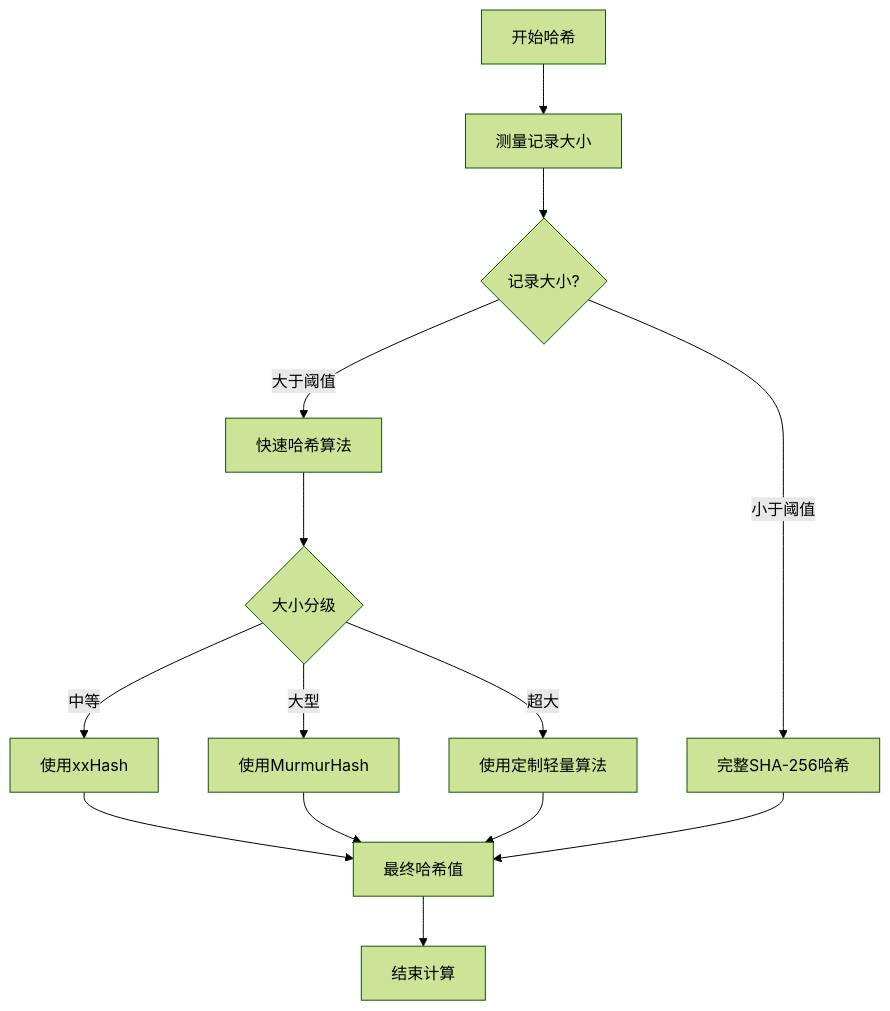
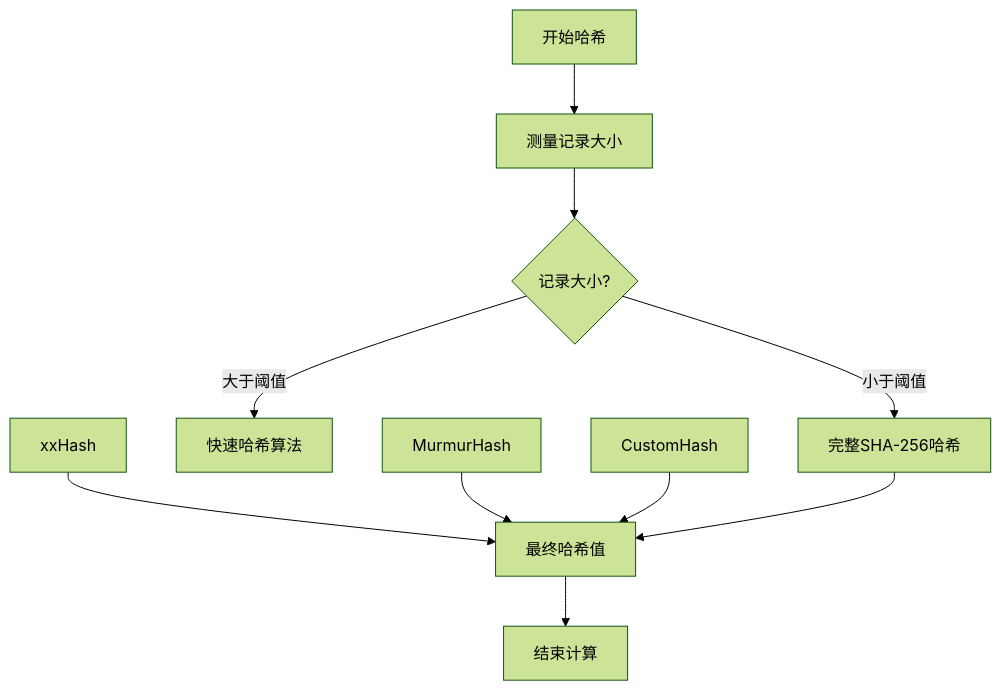
Before and after one commit to yingjianzh/iodraw-files: the diagram in all/未命名-40.md, drawn with Mermaid (forest theme).

Commit message:
2025-04-23 18:30:47 update

````diff
--- a/all/未命名-40.md
+++ b/all/未命名-40.md
@@ -1,19 +1,14 @@
 ```mermaid
 flowchart TD
     Start[开始哈希] --> MeasureSize[测量记录大小]
     MeasureSize --> SizeCheck{记录大小?}
     SizeCheck -- 小于阈值 --> FullHash[完整SHA-256哈希]
     SizeCheck -- 大于阈值 --> FastHash[快速哈希算法]
-    
-    FastHash --> SizeThresholds{大小分级}
-    SizeThresholds -- 中等 --> xxHash[使用xxHash]
-    SizeThresholds -- 大型 --> MurmurHash[使用MurmurHash]
-    SizeThresholds -- 超大 --> CustomHash[使用定制轻量算法]
     
     xxHash --> FinalHash[最终哈希值]
     MurmurHash --> FinalHash
     CustomHash --> FinalHash
     FullHash --> FinalHash
     
     FinalHash --> End[结束计算]
 ```
````
